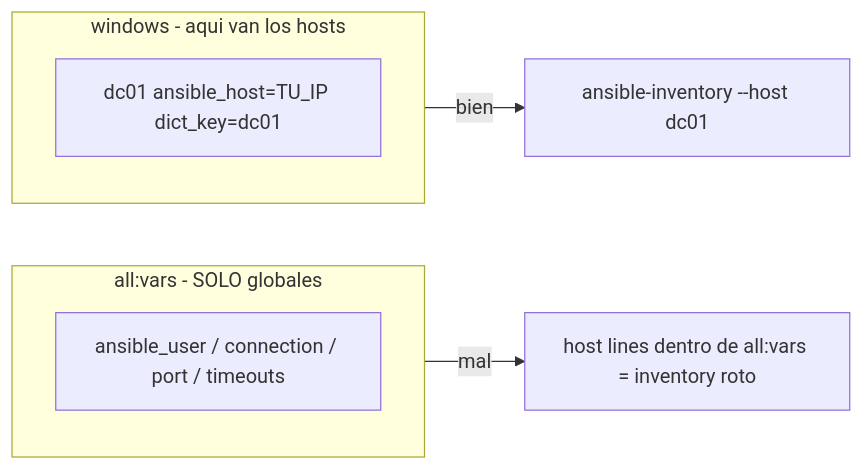
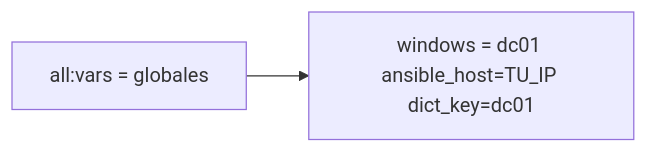
The second of 2 diagrams in README.md (Josue-Quiroa/goad-wsl-vmware), drawn with Mermaid before and after one commit. The commit also changed other lines of this file and 1 other file, not shown here.

````diff
--- a/README.md
+++ b/README.md
@@ -108,13 +86,4 @@
 ```mermaid
 flowchart LR
-  subgraph VARS["all:vars - SOLO globales"]
-    U[ansible_user / connection / port / timeouts]
-  end
-
-  subgraph WIN["windows - aqui van los hosts"]
-    H["dc01 ansible_host=TU_IP dict_key=dc01"]
-  end
-
-  VARS -->|mal| X["host lines dentro de all:vars = inventory roto"]
-  WIN -->|bien| OK[ansible-inventory --host dc01]
+  A["all:vars = globales"] --> B["windows = dc01 ansible_host=TU_IP dict_key=dc01"]
 ```
````
